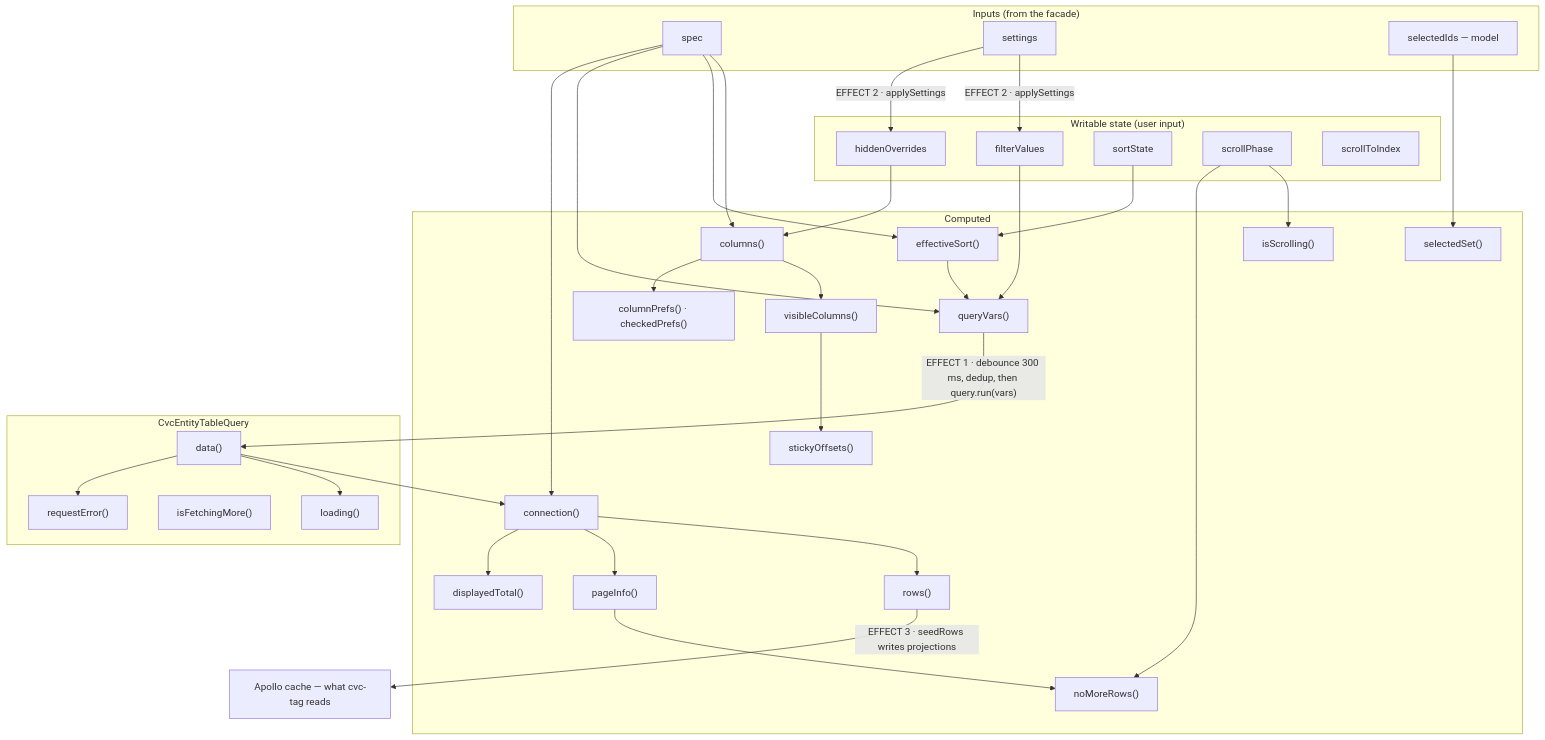
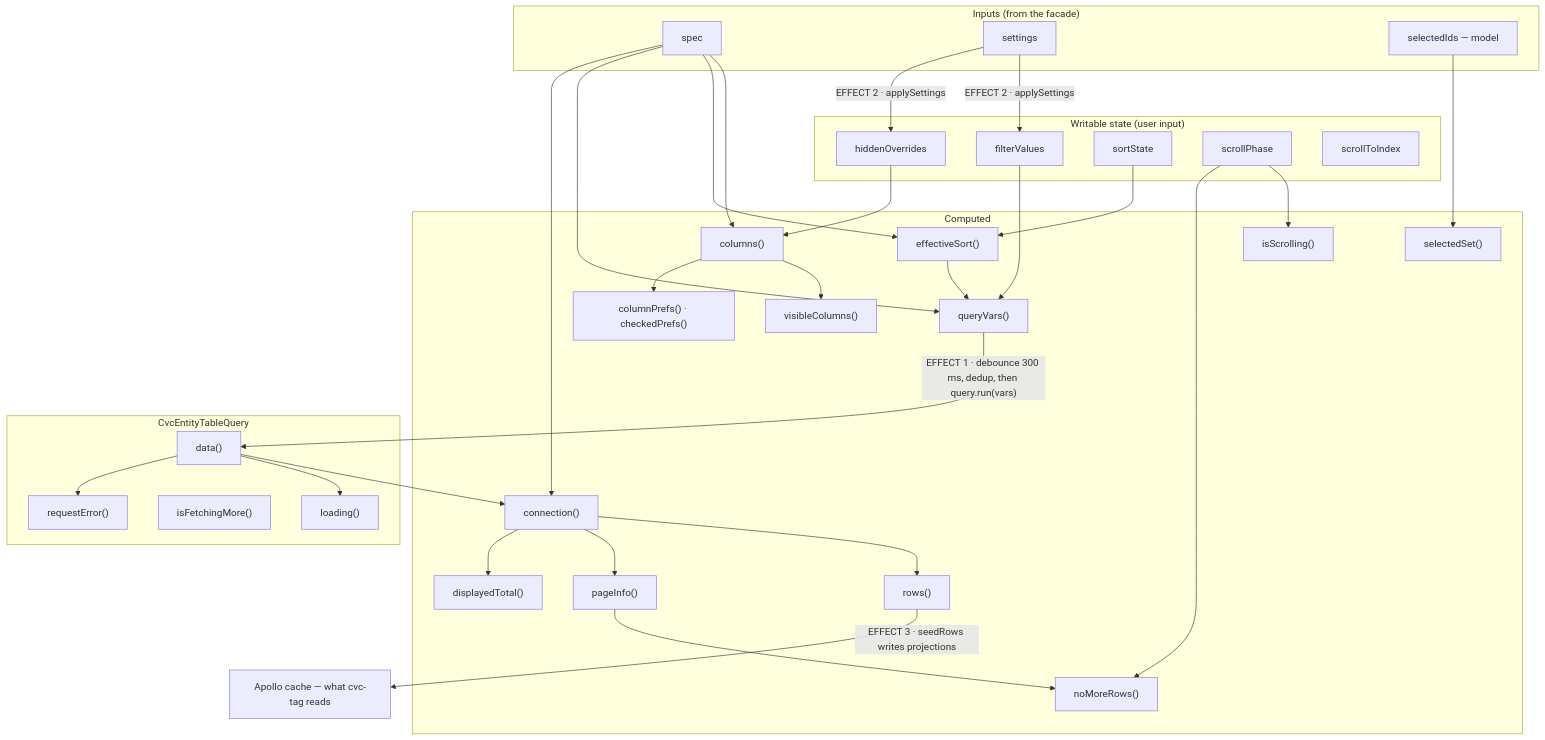
The third of 10 diagrams in client/src/app/tables/docs/01-architecture.md (jmcmichael/civic-v2-dev), drawn with Mermaid before and after one commit. The commit also changed other lines of this file and 2 other files, not shown here.

````diff
--- a/client/src/app/tables/docs/01-architecture.md
+++ b/client/src/app/tables/docs/01-architecture.md
@@ -223,63 +221,61 @@
 ```mermaid
 flowchart TB
   subgraph inputsBlk["Inputs (from the facade)"]
     spec["spec"]
     settings["settings"]
     selIn["selectedIds — model"]
   end
   subgraph stateBlk["Writable state (user input)"]
     hidden["hiddenOverrides"]
     filters["filterValues"]
     sortSt["sortState"]
     phase["scrollPhase"]
     idx["scrollToIndex"]
   end
   subgraph derivedBlk["Computed"]
     columns["columns()"]
     visible["visibleColumns()"]
-    offsets["stickyOffsets()"]
     prefs["columnPrefs() · checkedPrefs()"]
     effSort["effectiveSort()"]
     vars["queryVars()"]
     conn["connection()"]
     rows["rows()"]
     page["pageInfo()"]
     total["displayedTotal()"]
     scrolling["isScrolling()"]
     noMore["noMoreRows()"]
     selSet["selectedSet()"]
   end
   subgraph queryBlk["CvcEntityTableQuery"]
     data["data()"]
     loading["loading()"]
     fetching["isFetchingMore()"]
     err["requestError()"]
   end
   cache["Apollo cache — what cvc-tag reads"]
 
   spec --> columns
   hidden --> columns
   columns --> visible
   columns --> prefs
-  visible --> offsets
   spec --> effSort
   sortSt --> effSort
   spec --> vars
   effSort --> vars
   filters --> vars
   vars -- "EFFECT 1 · debounce 300 ms, dedup, then query.run(vars)" --> data
   settings -- "EFFECT 2 · applySettings" --> filters
   settings -- "EFFECT 2 · applySettings" --> hidden
   spec --> conn
   data --> conn
   conn --> rows
   conn --> page
   conn --> total
   rows -- "EFFECT 3 · seedRows writes projections" --> cache
   phase --> scrolling
   phase --> noMore
   page --> noMore
   selIn --> selSet
   data --> loading
   data --> err
 ```
````
